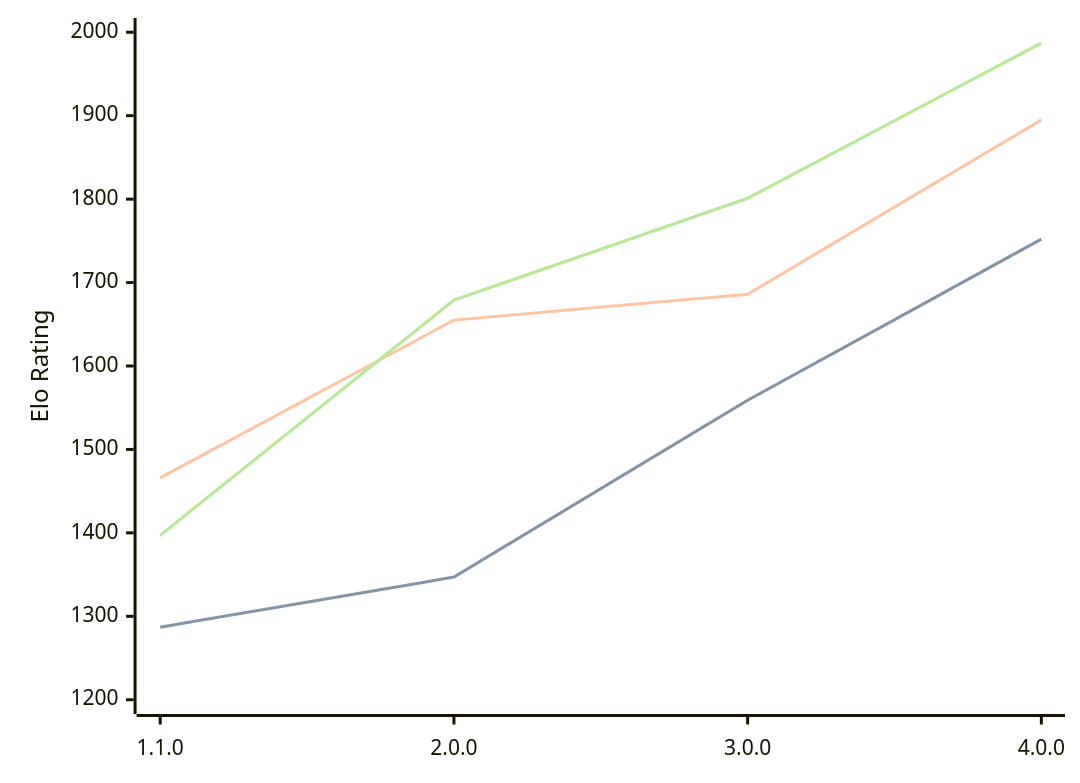
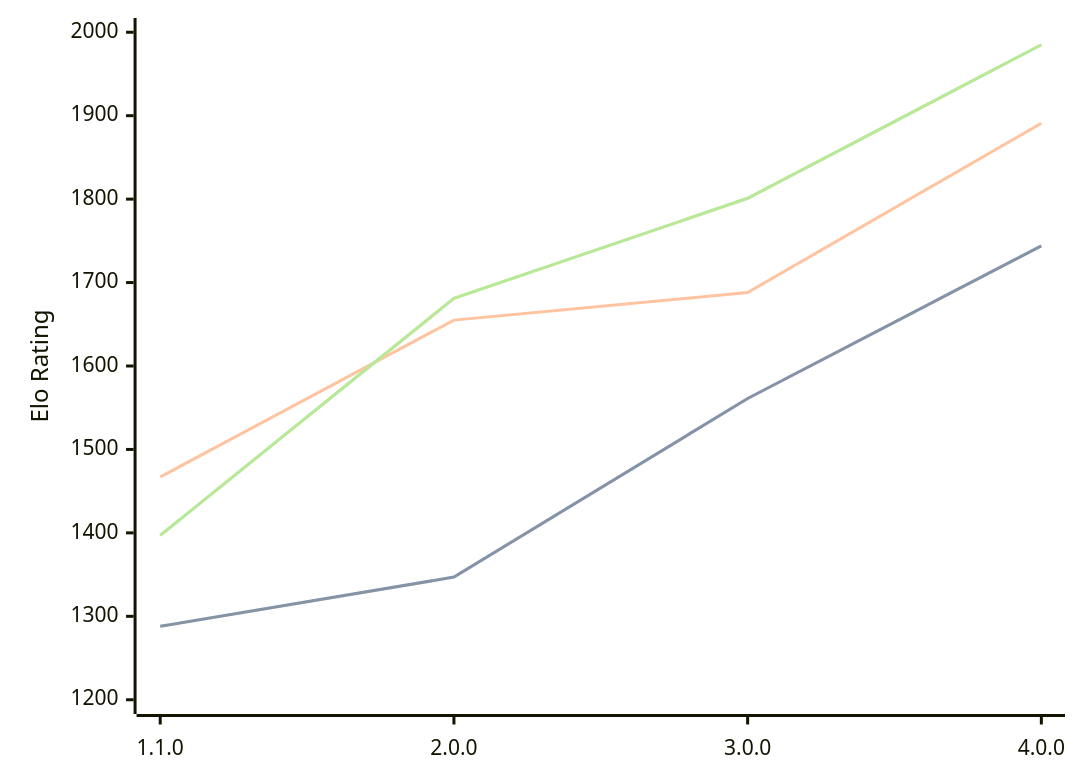
One commit to computer-chess-index/cci changed the diagram in engines/Laura.md. Above: the diagram before and after it, drawn with Mermaid. The commit also changed other lines of this file, not shown here.

Commit message:
Update CCI Ratings (ELO VLTC) - 2026-07-24

````diff
--- a/engines/Laura.md
+++ b/engines/Laura.md
@@ -35,11 +35,11 @@
 ```mermaid
 %%{init: {"theme":"base","themeVariables":{"seriesColors:['#a3a3a3','#222221','#faa371']}}}%%
 xychart-beta
   x-axis ["1.1.0", "2.0.0", "3.0.0", "4.0.0"]
   y-axis "Elo Rating" 1200 --> 2000
-  line "STC (8.0+0.08s)" [1287, 1347, 1559, 1752]
-  line "STC (8.0+0.08s)" [1287, 1347, 1559, 1752]
-  line "LTC (60.0+0.60s)" [1466, 1655, 1686, 1895]
-  line "VLTC (2m24s+1.12s)" [1397, 1679, 1801, 1987]
-  line "VLTC (2m24s+1.12s)" [1397, 1679, 1801, 1987]
+  line "STC (8.0+0.08s)" [1288, 1347, 1561, 1744]
+  line "STC (8.0+0.08s)" [1288, 1347, 1561, 1744]
+  line "LTC (60.0+0.60s)" [1467, 1655, 1688, 1891]
+  line "VLTC (2m24s+1.12s)" [1397, 1681, 1801, 1985]
+  line "VLTC (2m24s+1.12s)" [1397, 1681, 1801, 1985]
 ```
````
